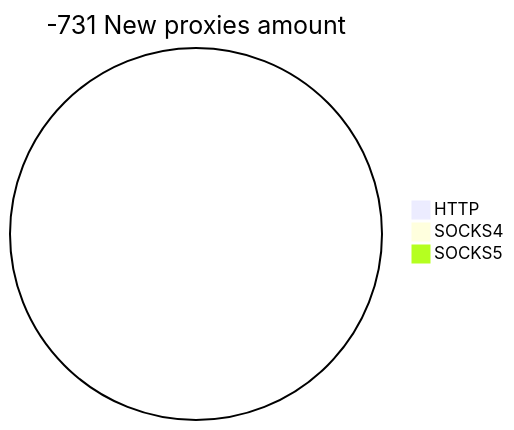
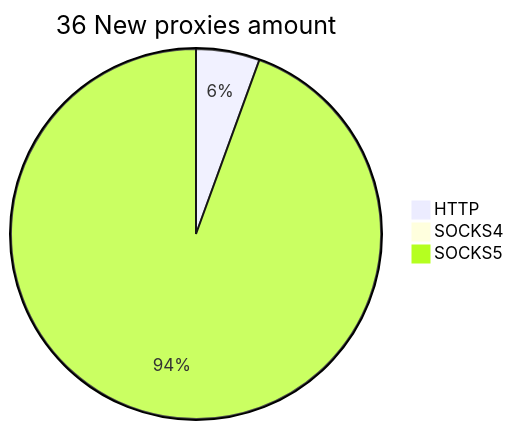
One commit to cutipu/proxylist changed the second of 2 diagrams in README.md. Above: the diagram before and after it, drawn with Mermaid. The commit also changed other lines of this file, not shown here.

````diff
--- a/README.md
+++ b/README.md
@@ -10,6 +10,6 @@
 ```mermaid
-pie title -731 New proxies amount
-    "HTTP" : 0
+pie title 36 New proxies amount
+    "HTTP" : 2
     "SOCKS4" : 0
-    "SOCKS5" : 0
+    "SOCKS5" : 34
 ```
````
